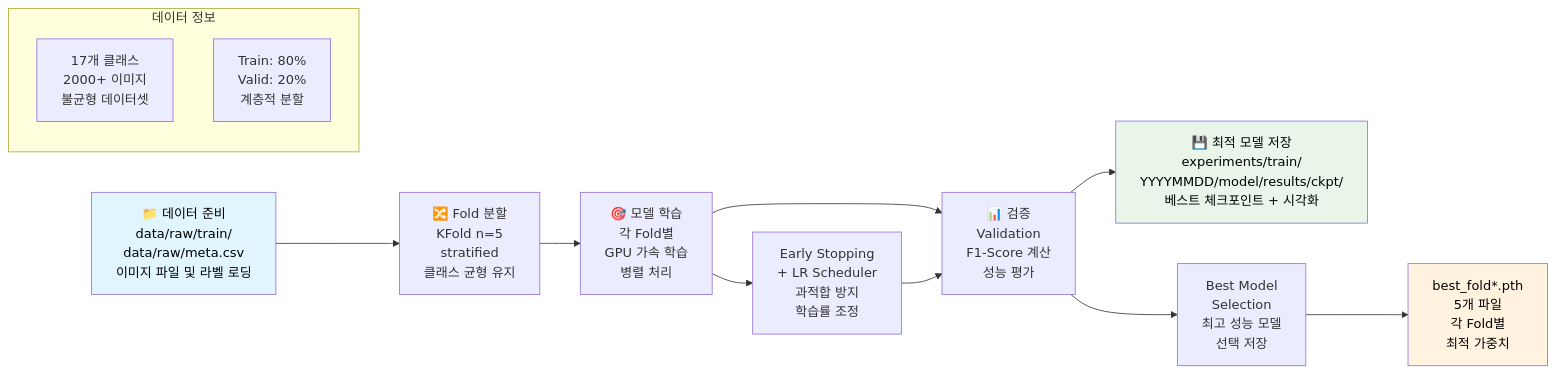
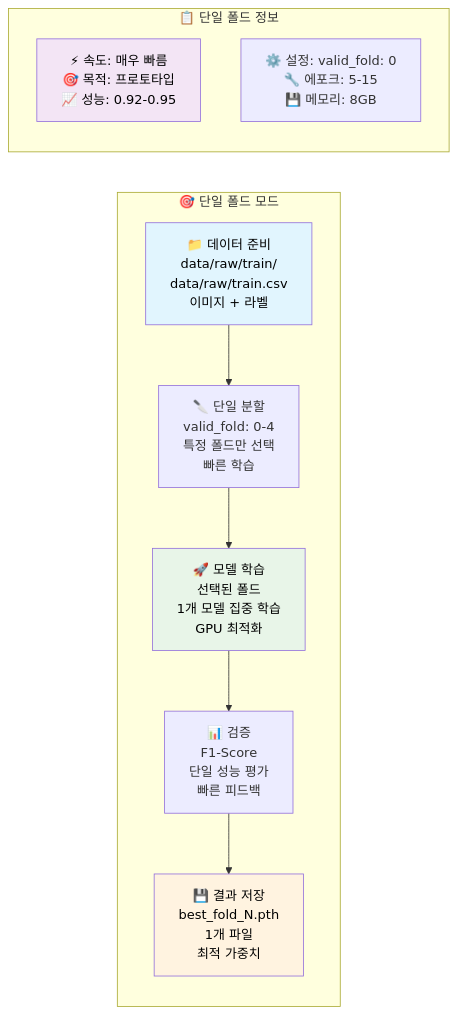
One commit to nimnusmik/CV_documents_classification_competition changed the second of 6 diagrams in docs/파이프라인/학습_파이프라인_가이드.md. Above: the diagram before and after it, drawn with Mermaid. The commit also changed other lines of this file and 3 other files, not shown here.

````diff
--- a/docs/파이프라인/학습_파이프라인_가이드.md
+++ b/docs/파이프라인/학습_파이프라인_가이드.md
@@ -58,21 +55,22 @@
 ```mermaid
 flowchart LR
-    A[📁 데이터 준비<br/>data/raw/train/<br/>data/raw/meta.csv<br/>이미지 파일 및 라벨 로딩] --> B[🔀 Fold 분할<br/>KFold n=5<br/>stratified<br/>클래스 균형 유지]
-    B --> C[🎯 모델 학습<br/>각 Fold별<br/>GPU 가속 학습<br/>병렬 처리]
-    C --> D[📊 검증<br/>Validation<br/>F1-Score 계산<br/>성능 평가]
-    D --> E[💾 최적 모델 저장<br/>experiments/train/<br/>YYYYMMDD/model/results/ckpt/<br/>베스트 체크포인트 + 시각화]
-    
-    C --> F[Early Stopping<br/>+ LR Scheduler<br/>과적합 방지<br/>학습률 조정]
-    F --> D
-    D --> G[Best Model<br/>Selection<br/>최고 성능 모델<br/>선택 저장]
-    G --> H[best_fold*.pth<br/>5개 파일<br/>각 Fold별<br/>최적 가중치]
-    
-    subgraph "데이터 정보"
-        I[17개 클래스<br/>2000+ 이미지<br/>불균형 데이터셋]
-        J[Train: 80%<br/>Valid: 20%<br/>계층적 분할]
+    subgraph SINGLE["🎯 단일 폴드 모드"]
+        A1["📁 데이터 준비<br/>data/raw/train/<br/>data/raw/train.csv<br/>이미지 + 라벨"]
+        B1["🔪 단일 분할<br/>valid_fold: 0-4<br/>특정 폴드만 선택<br/>빠른 학습"]
+        C1["🚀 모델 학습<br/>선택된 폴드<br/>1개 모델 집중 학습<br/>GPU 최적화"]
+        D1["📊 검증<br/>F1-Score<br/>단일 성능 평가<br/>빠른 피드백"]
+        E1["💾 결과 저장<br/>best_fold_N.pth<br/>1개 파일<br/>최적 가중치"]
+        
+        A1 --> B1 --> C1 --> D1 --> E1
     end
     
-    style A fill:#e1f5fe, color:#000000
-    style E fill:#e8f5e8, color:#000000
-    style H fill:#fff3e0, color:#000000
+    subgraph INFO1["📋 단일 폴드 정보"]
+        F1["⚡ 속도: 매우 빠름<br/>🎯 목적: 프로토타입<br/>📈 성능: 0.92-0.95"]
+        G1["⚙️ 설정: valid_fold: 0<br/>🔧 에포크: 5-15<br/>💾 메모리: 8GB"]
+    end
+    
+    style A1 fill:#e1f5fe, color:#000000
+    style C1 fill:#e8f5e8, color:#000000
+    style E1 fill:#fff3e0, color:#000000
+    style F1 fill:#f3e5f5, color:#000000
 ```
````
